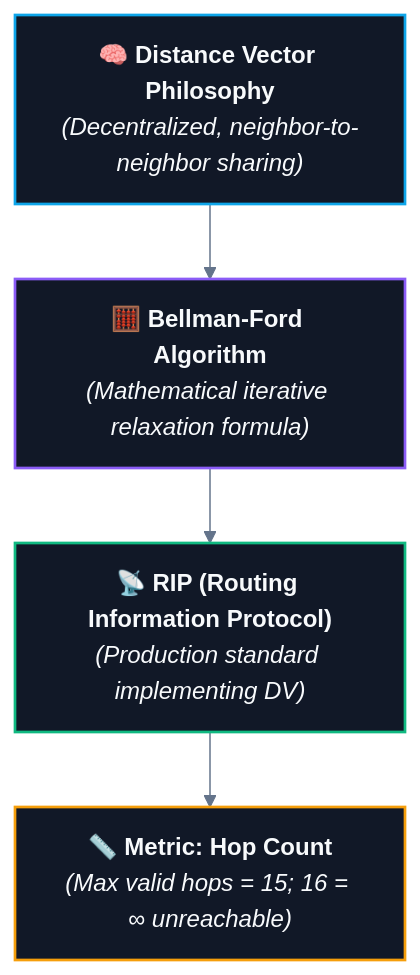
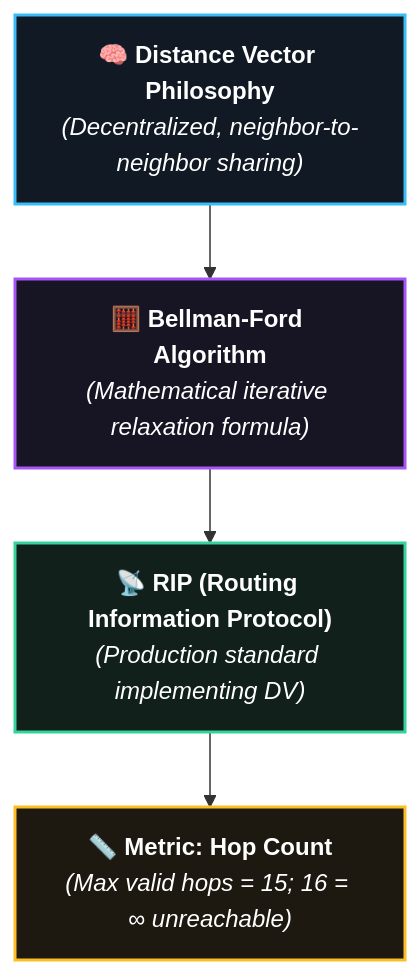
The second of 2 diagrams in CS/Computer Networking/04. Routing & Network Layer/02. Distance Vector Routing and RIP.md (abhinavbharti2345/CS_Notes), drawn with Mermaid before and after one commit. The commit also changed other lines of this file and 91 other files, not shown here.

````diff
--- a/CS/Computer Networking/04. Routing & Network Layer/02. Distance Vector Routing and RIP.md
+++ b/CS/Computer Networking/04. Routing & Network Layer/02. Distance Vector Routing and RIP.md
@@ -166,20 +165,14 @@
 ```mermaid
-%%{init: {'theme': 'base', 'themeVariables': { 'darkMode': true, 'background': '#0B0F14', 'mainBkg': '#111827', 'primaryColor': '#111827', 'primaryTextColor': '#F8FAFC', 'primaryBorderColor': '#38BDF8', 'lineColor': '#64748B', 'secondaryColor': '#0B0F14', 'tertiaryColor': '#0B0F14', 'clusterBkg': '#0B0F14', 'clusterBorder': '#38BDF8' }}}%%
 flowchart TD
     Concept["🧠 <b>Distance Vector Philosophy</b><br><i>(Decentralized, neighbor-to-neighbor sharing)</i>"]
     Algo["🧮 <b>Bellman-Ford Algorithm</b><br><i>(Mathematical iterative relaxation formula)</i>"]
     Protocol["📡 <b>RIP (Routing Information Protocol)</b><br><i>(Production standard implementing DV)</i>"]
     Metric["📏 <b>Metric: Hop Count</b><br><i>(Max valid hops = 15; 16 = ∞ unreachable)</i>"]
 
     Concept --> Algo --> Protocol --> Metric
 
-    classDef c1 fill:#111827,stroke:#0ea5e9,stroke-width:1.8px,color:#F8FAFC;
-    classDef c2 fill:#111827,stroke:#8b5cf6,stroke-width:1.8px,color:#F8FAFC;
-    classDef c3 fill:#111827,stroke:#10b981,stroke-width:1.8px,color:#F8FAFC;
-    classDef c4 fill:#111827,stroke:#f59e0b,stroke-width:1.8px,color:#F8FAFC;
-
-    class Concept c1;
-    class Algo c2;
-    class Protocol c3;
-    class Metric c4;
+    style Concept fill:#111A24,stroke:#38BDF8,stroke-width:2px,color:#FFFFFF
+    style Algo fill:#171424,stroke:#A855F7,stroke-width:2px,color:#FFFFFF
+    style Protocol fill:#11201A,stroke:#34D399,stroke-width:2px,color:#FFFFFF
+    style Metric fill:#1E1910,stroke:#FBBF24,stroke-width:2px,color:#FFFFFF
 ```
````
